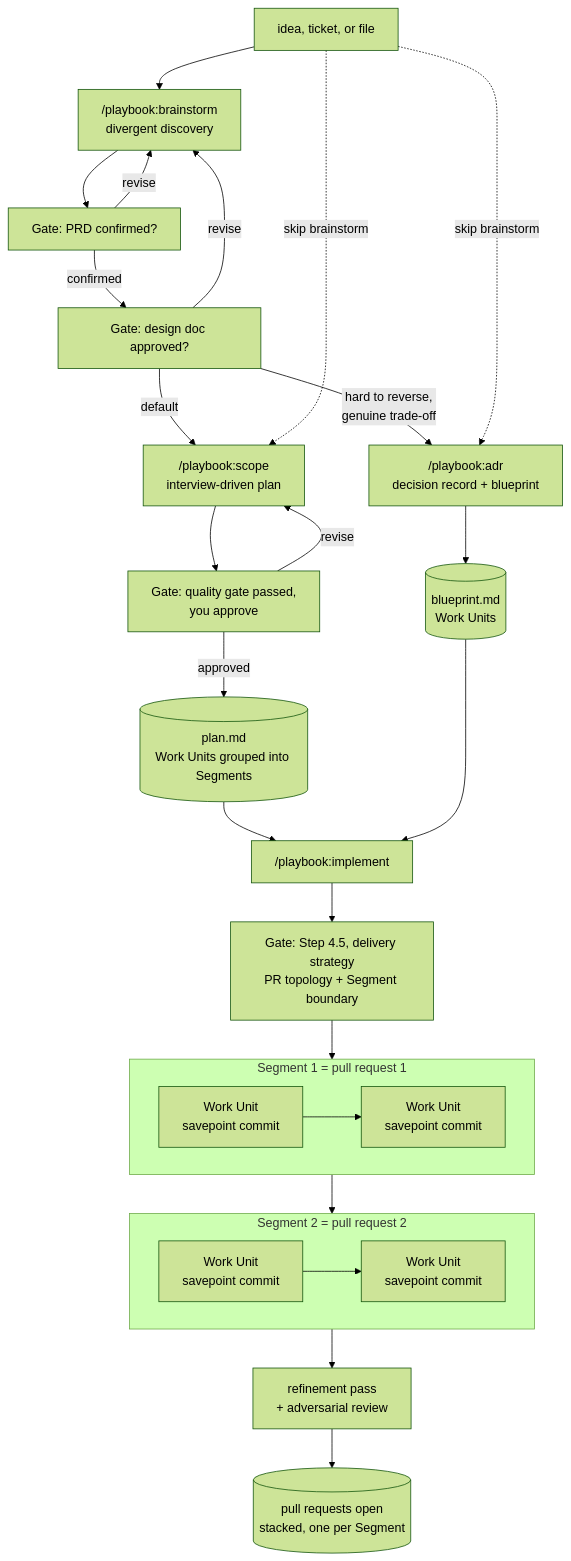
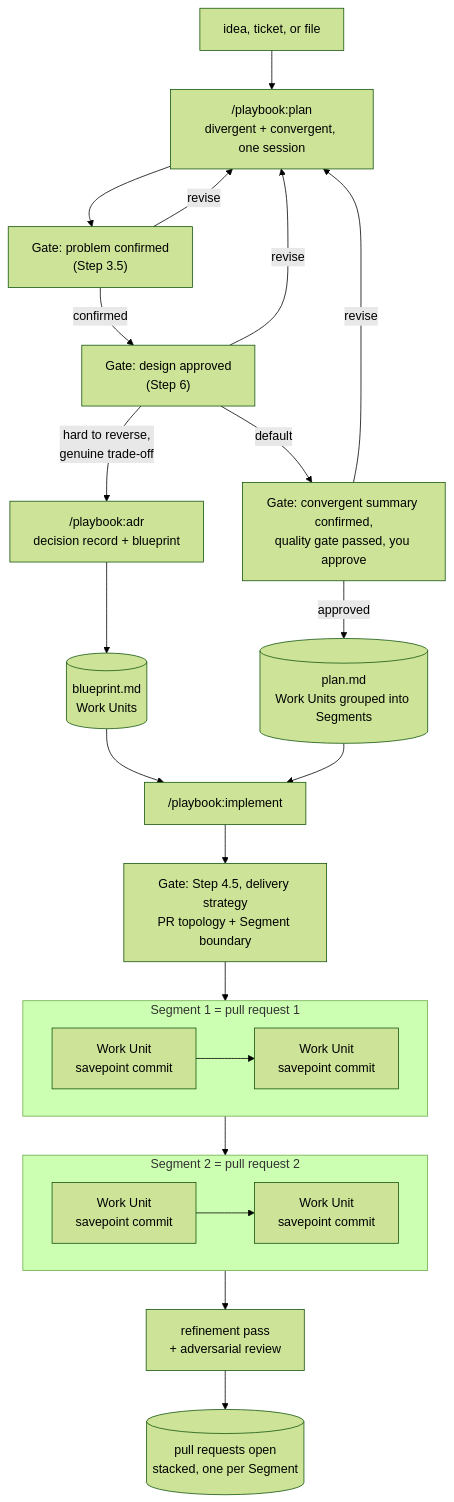
Before and after one commit to pragmatic-engineer/playbook: the diagram in docs/guides/01-plan-and-implement.md, drawn with Mermaid (forest theme). The commit also changed other lines of this file and 18 other files, not shown here.

First line of the commit message:
docs: update cross-references to merged /playbook:plan command (#356)

````diff
--- a/docs/guides/01-plan-and-implement.md
+++ b/docs/guides/01-plan-and-implement.md
@@ -9,35 +9,32 @@
 ```mermaid
 flowchart TD
-  IDEA["idea, ticket, or file"] --> BS["/playbook:brainstorm<br/>divergent discovery"]
-  BS --> G1["Gate: PRD confirmed?"]
-  G1 -->|revise| BS
-  G1 -->|confirmed| G2["Gate: design doc approved?"]
-  G2 -->|revise| BS
+  IDEA["idea, ticket, or file"] --> PLAN["/playbook:plan<br/>divergent + convergent, one session"]
+  PLAN --> G1["Gate: problem confirmed<br/>(Step 3.5)"]
+  G1 -->|revise| PLAN
+  G1 -->|confirmed| G2["Gate: design approved<br/>(Step 6)"]
+  G2 -->|revise| PLAN
   G2 -->|"hard to reverse,<br/>genuine trade-off"| ADR["/playbook:adr<br/>decision record + blueprint"]
-  G2 -->|default| SCOPE["/playbook:scope<br/>interview-driven plan"]
-  IDEA -.->|skip brainstorm| SCOPE
-  IDEA -.->|skip brainstorm| ADR
+  G2 -->|default| G3["Gate: convergent summary confirmed,<br/>quality gate passed, you approve"]
 
-  SCOPE --> G3["Gate: quality gate passed,<br/>you approve"]
-  G3 -->|revise| SCOPE
-  G3 -->|approved| PLAN[("plan.md<br/>Work Units grouped into Segments")]
+  G3 -->|revise| PLAN
+  G3 -->|approved| PLANFILE[("plan.md<br/>Work Units grouped into Segments")]
   ADR --> BLUEPRINT[("blueprint.md<br/>Work Units")]
 
-  PLAN --> IMPL["/playbook:implement"]
+  PLANFILE --> IMPL["/playbook:implement"]
   BLUEPRINT --> IMPL
 
   IMPL --> G4["Gate: Step 4.5, delivery strategy<br/>PR topology + Segment boundary"]
 
   subgraph SEG1["Segment 1 = pull request 1"]
     direction LR
     WU1["Work Unit<br/>savepoint commit"] --> WU2["Work Unit<br/>savepoint commit"]
   end
   subgraph SEG2["Segment 2 = pull request 2"]
     direction LR
     WU3["Work Unit<br/>savepoint commit"] --> WU4["Work Unit<br/>savepoint commit"]
   end
 
   G4 --> SEG1 --> SEG2
   SEG2 --> REFINE["refinement pass<br/>+ adversarial review"]
   REFINE --> PRS[("pull requests open<br/>stacked, one per Segment")]
 ```
````
